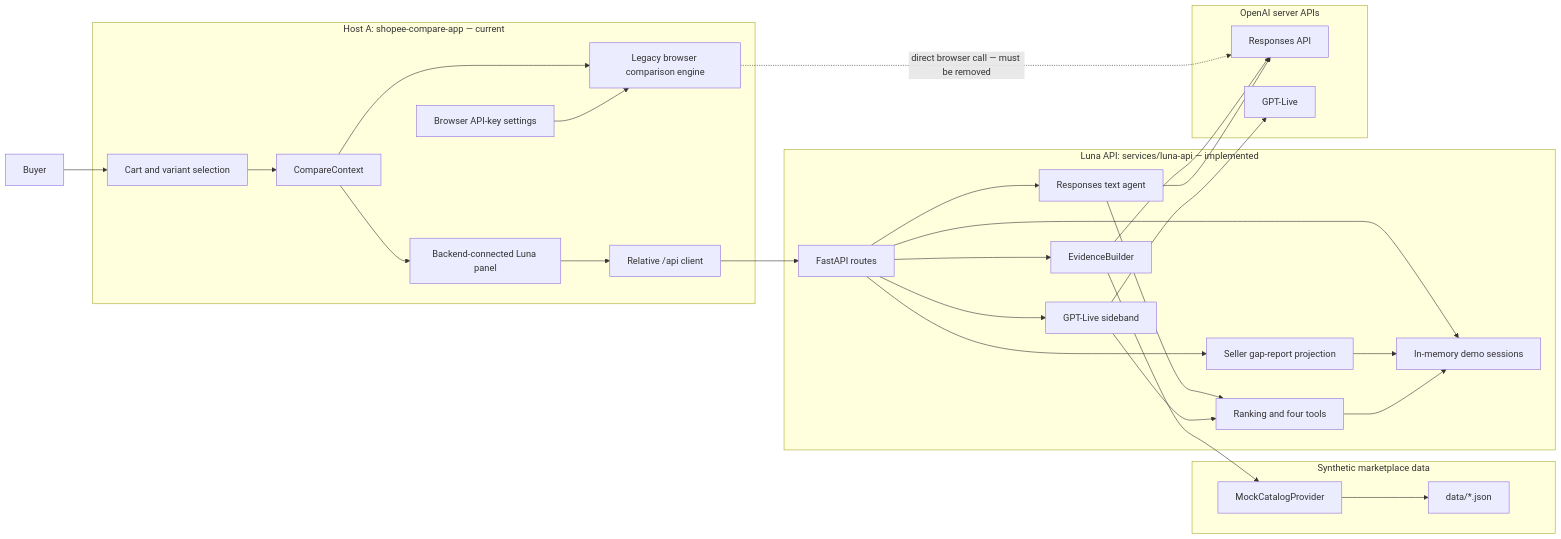
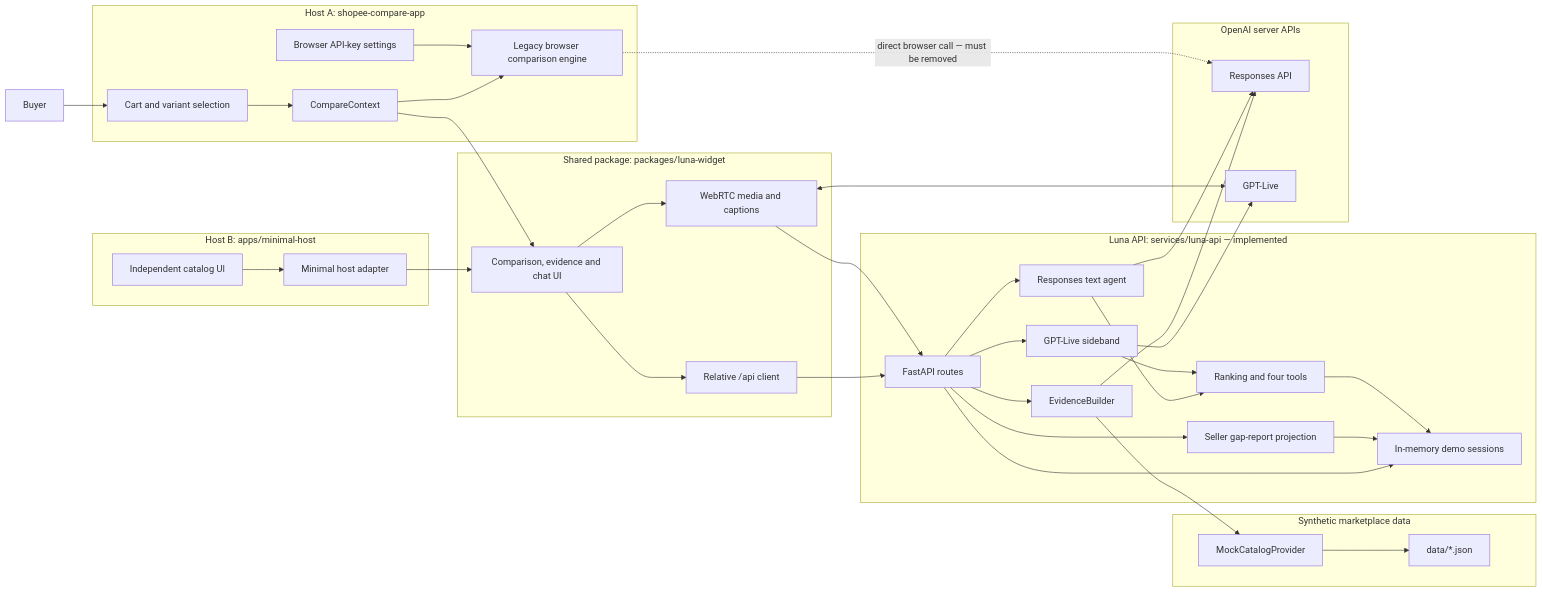
The first of 8 diagrams in docs/architecture.md (jaxwong/decodex), drawn with Mermaid before and after one commit. The commit also changed other lines of this file and 12 other files, not shown here.

````diff
--- a/docs/architecture.md
+++ b/docs/architecture.md
@@ -29,52 +36,65 @@
 ```mermaid
 flowchart LR
     Buyer[Buyer]
 
-    subgraph HostA["Host A: shopee-compare-app — current"]
+    subgraph HostA["Host A: shopee-compare-app"]
         Cart[Cart and variant selection]
         CompareContext[CompareContext]
         LegacyEngine[Legacy browser comparison engine]
-        LocalWidget[Backend-connected Luna panel]
+        BrowserSettings[Browser API-key settings]
+    end
+
+    subgraph HostB["Host B: apps/minimal-host"]
+        MinimalCatalog[Independent catalog UI]
+        MinimalAdapter[Minimal host adapter]
+    end
+
+    subgraph Widget["Shared package: packages/luna-widget"]
+        LunaWidget[Comparison, evidence and chat UI]
         LunaClient[Relative /api client]
-        BrowserSettings[Browser API-key settings]
+        LiveControls[WebRTC media and captions]
     end
 
     subgraph LunaAPI["Luna API: services/luna-api — implemented"]
         Routes[FastAPI routes]
         SessionStore[In-memory demo sessions]
         EvidenceBuilder[EvidenceBuilder]
         Decision[Ranking and four tools]
         GapReport[Seller gap-report projection]
         TextAgent[Responses text agent]
         LiveAgent[GPT-Live sideband]
     end
 
     subgraph Data["Synthetic marketplace data"]
         MockProvider[MockCatalogProvider]
         Fixtures[data/*.json]
     end
 
     subgraph OpenAI["OpenAI server APIs"]
         Responses[Responses API]
         Live[GPT-Live]
     end
 
     Buyer --> Cart --> CompareContext --> LegacyEngine
-    CompareContext --> LocalWidget --> LunaClient
+    CompareContext --> LunaWidget
+    MinimalCatalog --> MinimalAdapter --> LunaWidget
     BrowserSettings --> LegacyEngine
     LegacyEngine -. "direct browser call — must be removed" .-> Responses
 
-    LunaClient --> Routes
+    LunaWidget --> LunaClient --> Routes
+    LunaWidget --> LiveControls
+    LiveControls --> Routes
+    LiveControls <--> Live
 
     Routes --> SessionStore
     Routes --> EvidenceBuilder
     Routes --> TextAgent
     Routes --> LiveAgent
     Routes --> GapReport --> SessionStore
     EvidenceBuilder --> MockProvider --> Fixtures
     EvidenceBuilder --> Responses
     TextAgent --> Responses
     TextAgent --> Decision --> SessionStore
     LiveAgent --> Live
     LiveAgent --> Decision
 ```
````
